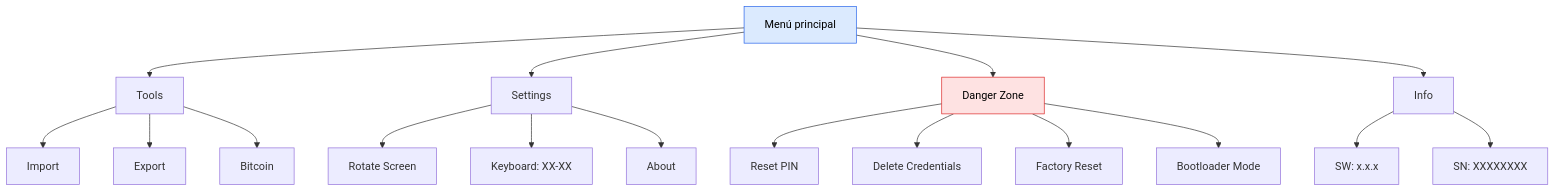
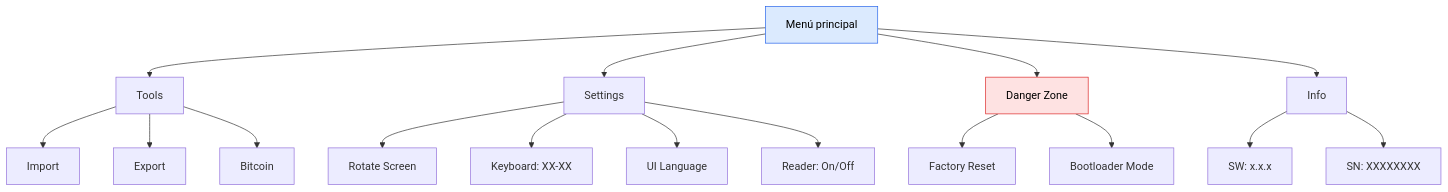
Before and after one commit to Depbit-lab/docsZerokeyUSB: the first of 3 diagrams in es/firmware/menu.mdx, drawn with Mermaid. The commit also changed other lines of this file and 1 other file, not shown here.

First line of the commit message:
docs: correct Danger and Settings menu items to match firmware

````diff
--- a/es/firmware/menu.mdx
+++ b/es/firmware/menu.mdx
@@ -15,27 +15,26 @@
 ```mermaid
 graph TD
     ROOT["Menú principal"]
     ROOT --> TOOLS["Tools"]
     ROOT --> SETTINGS["Settings"]
     ROOT --> DANGER["Danger Zone"]
     ROOT --> INFO["Info"]
     
     TOOLS --> IMP["Import"]
     TOOLS --> EXP["Export"]
     TOOLS --> BTC["Bitcoin"]
     
     SETTINGS --> ROT["Rotate Screen"]
     SETTINGS --> KB["Keyboard: XX-XX"]
-    SETTINGS --> ABOUT["About"]
+    SETTINGS --> UILANG["UI Language"]
+    SETTINGS --> READER["Reader: On/Off"]
     
-    DANGER --> RPIN["Reset PIN"]
-    DANGER --> DEL["Delete Credentials"]
     DANGER --> FACTORY["Factory Reset"]
     DANGER --> BOOT["Bootloader Mode"]
     
     INFO --> SW["SW: x.x.x"]
     INFO --> SN["SN: XXXXXXXX"]
     
     style ROOT fill:#dbeafe,stroke:#2563eb,color:#000
     style DANGER fill:#fee2e2,stroke:#dc2626,color:#000
 ```
````
